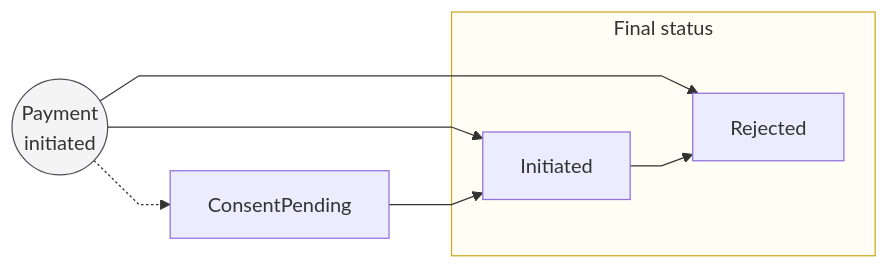
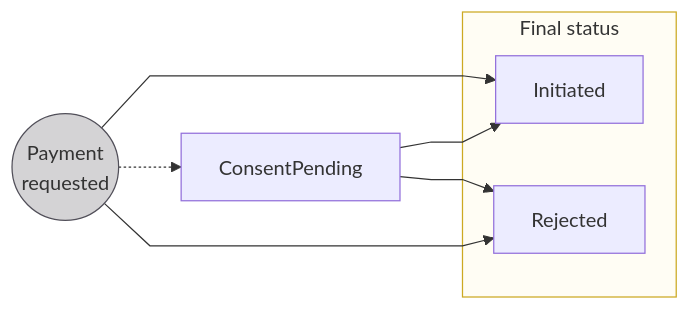
Before and after one commit to swan-io/docs: the diagram in docs/topics/payments/about.mdx, drawn with Mermaid. The commit also changed other lines of this file, not shown here.

Commit message:
fixup! Refactor payments overview section

````diff
--- a/docs/topics/payments/about.mdx
+++ b/docs/topics/payments/about.mdx
@@ -40,15 +38,15 @@
 ```mermaid
 %%{ init: { 'flowchart': { 'curve': 'linear' } } }%%
 flowchart LR
-    P((Payment<br/>initiated)) --> I[Initiated]
-    P --> RJ[Rejected]
-    I --> RJ
-    CP[ConsentPending] -->I
-    P -.-> CP
+    P((Payment<br/>requested)) --> I[Initiated]
+    P -.-> CP[ConsentPending]
+    CP --> RJ[Rejected]
+    P --> RJ
+    CP --> I
     subgraph F[Final status]
         RJ
         I
     end
-    style P fill:#F4F4F5,stroke:#514F59
+    style P fill:#D4D3D5,stroke:#514F59
     style F fill:#fffdf4,stroke:#cca922
 ```
````
